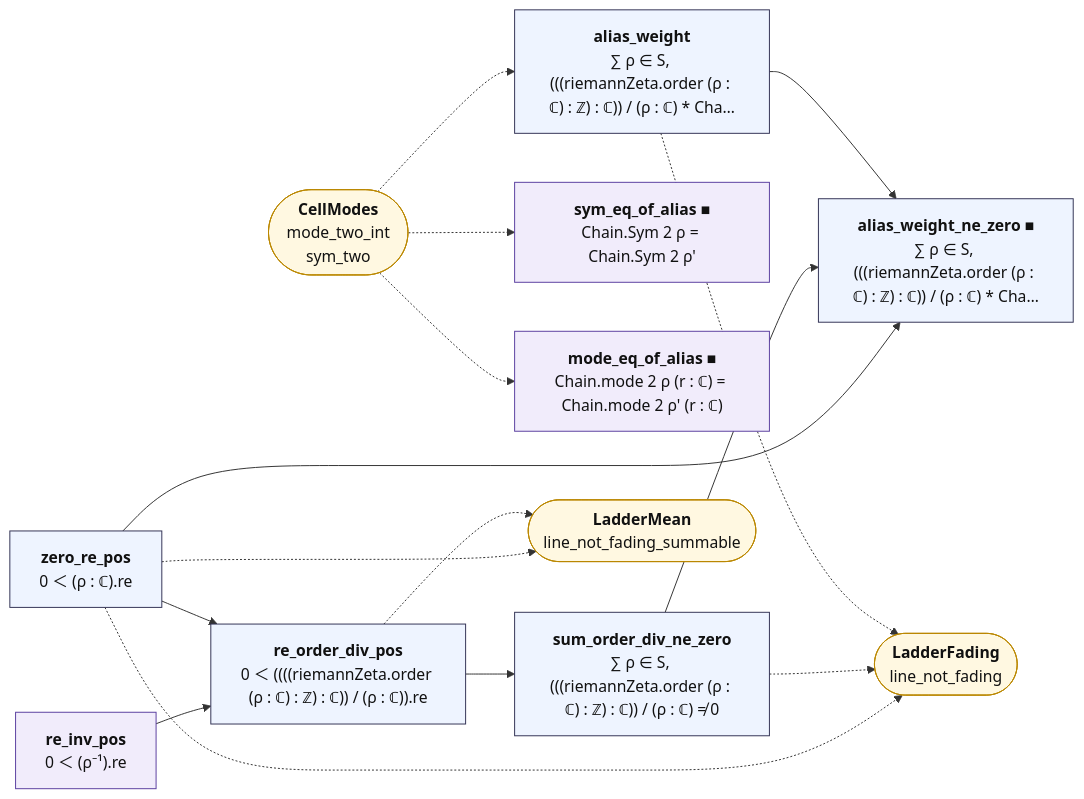
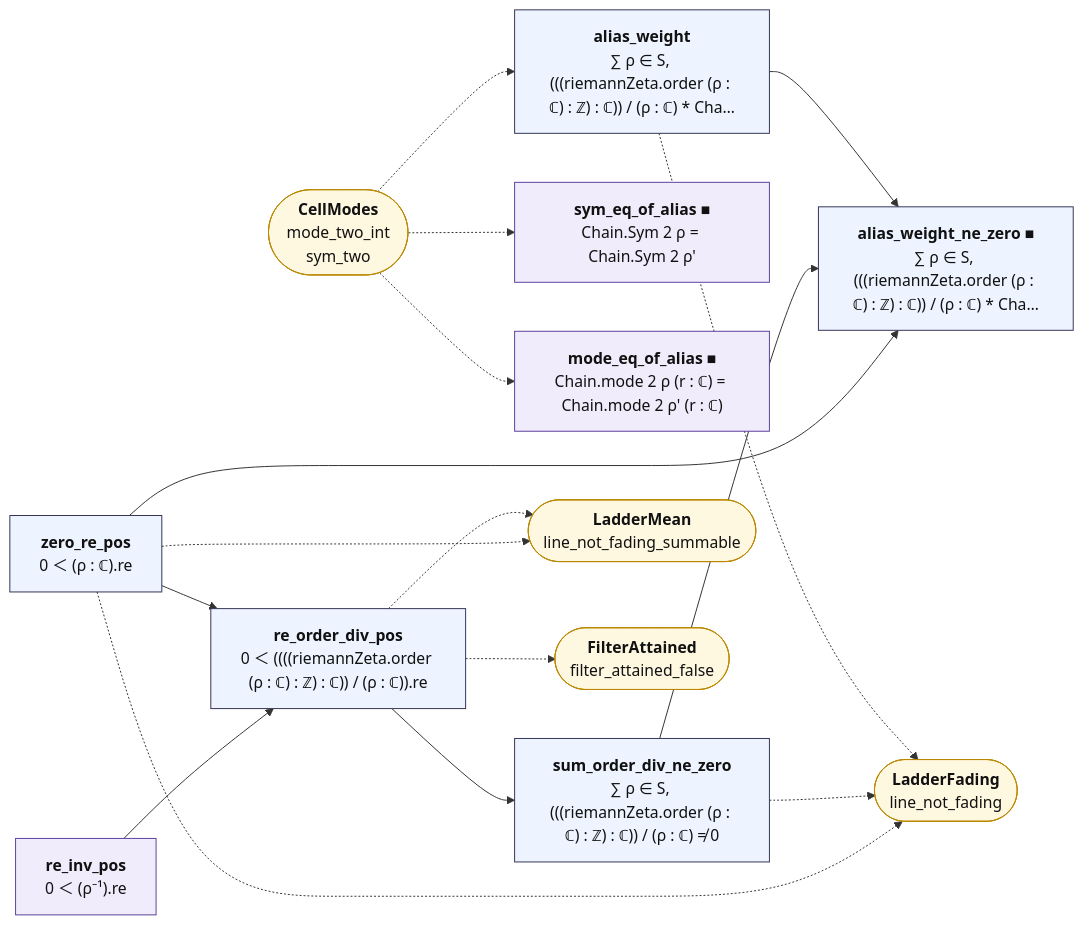
Before and after one commit to juliansambranojr/Primebeat_081426: the diagram in map/lean_stage3/AliasClass.mmd, drawn with Mermaid. The commit also changed 36 other files, not shown here.

First line of the commit message:
Block S2: a rate attained under some filter contradicts the ladder bound (unit 0467)

```diff
--- a/map/lean_stage3/AliasClass.mmd
+++ b/map/lean_stage3/AliasClass.mmd
@@ -1,34 +1,36 @@
 flowchart LR
   n0["<b>re_inv_pos</b><br/>0 ＜ (ρ⁻¹).re"]:::shp
   n1["<b>zero_re_pos</b><br/>0 ＜ (ρ : ℂ).re"]:::thm
   n2["<b>re_order_div_pos</b><br/>0 ＜ ((((riemannZeta.order (ρ : ℂ) : ℤ) : ℂ)) / (ρ : ℂ)).re"]:::thm
   n3["<b>sum_order_div_ne_zero</b><br/>∑ ρ ∈ S, (((riemannZeta.order (ρ : ℂ) : ℤ) : ℂ)) / (ρ : ℂ) ≠ 0"]:::thm
   n4["<b>sym_eq_of_alias ■</b><br/>Chain.Sym 2 ρ = Chain.Sym 2 ρ'"]:::shp
   n5["<b>mode_eq_of_alias ■</b><br/>Chain.mode 2 ρ (r : ℂ) = Chain.mode 2 ρ' (r : ℂ)"]:::shp
   n6["<b>alias_weight</b><br/>∑ ρ ∈ S, (((riemannZeta.order (ρ : ℂ) : ℤ) : ℂ)) / (ρ : ℂ) * Cha…"]:::thm
   n7["<b>alias_weight_ne_zero ■</b><br/>∑ ρ ∈ S, (((riemannZeta.order (ρ : ℂ) : ℤ) : ℂ)) / (ρ : ℂ) * Cha…"]:::thm
   x0(["<b>LadderFading</b><br/>line_not_fading"]):::ext
   x1(["<b>LadderMean</b><br/>line_not_fading_summable"]):::ext
-  x2(["<b>CellModes</b><br/>mode_two_int<br/>sym_two"]):::ext
+  x2(["<b>FilterAttained</b><br/>filter_attained_false"]):::ext
+  x3(["<b>CellModes</b><br/>mode_two_int<br/>sym_two"]):::ext
   n0 --> n2
   n1 --> n2
   n1 --> n7
   n2 --> n3
   n3 --> n7
   n6 --> n7
   n1 -.-> x0
   n1 -.-> x1
   n2 -.-> x1
+  n2 -.-> x2
   n3 -.-> x0
   n6 -.-> x0
-  x2 -.-> n4
-  x2 -.-> n5
-  x2 -.-> n6
+  x3 -.-> n4
+  x3 -.-> n5
+  x3 -.-> n6
   classDef cnt fill:#dff5ec,stroke:#17694a,color:#111
   classDef shp fill:#f1ecfb,stroke:#5b3fa0,color:#111
   classDef rh fill:#ffe5e5,stroke:#c22,color:#111,stroke-width:2px
   classDef thm fill:#eef4ff,stroke:#335,color:#111
   classDef end_ fill:#e7f7e7,stroke:#2a7,color:#111,stroke-width:2px
   classDef lone fill:#fff,stroke:#999,color:#111,stroke-dasharray:4 3
   classDef bad fill:#ffe5e5,stroke:#c22,color:#111,stroke-width:2px
   classDef ext fill:#fff8e1,stroke:#b80,color:#111
```
